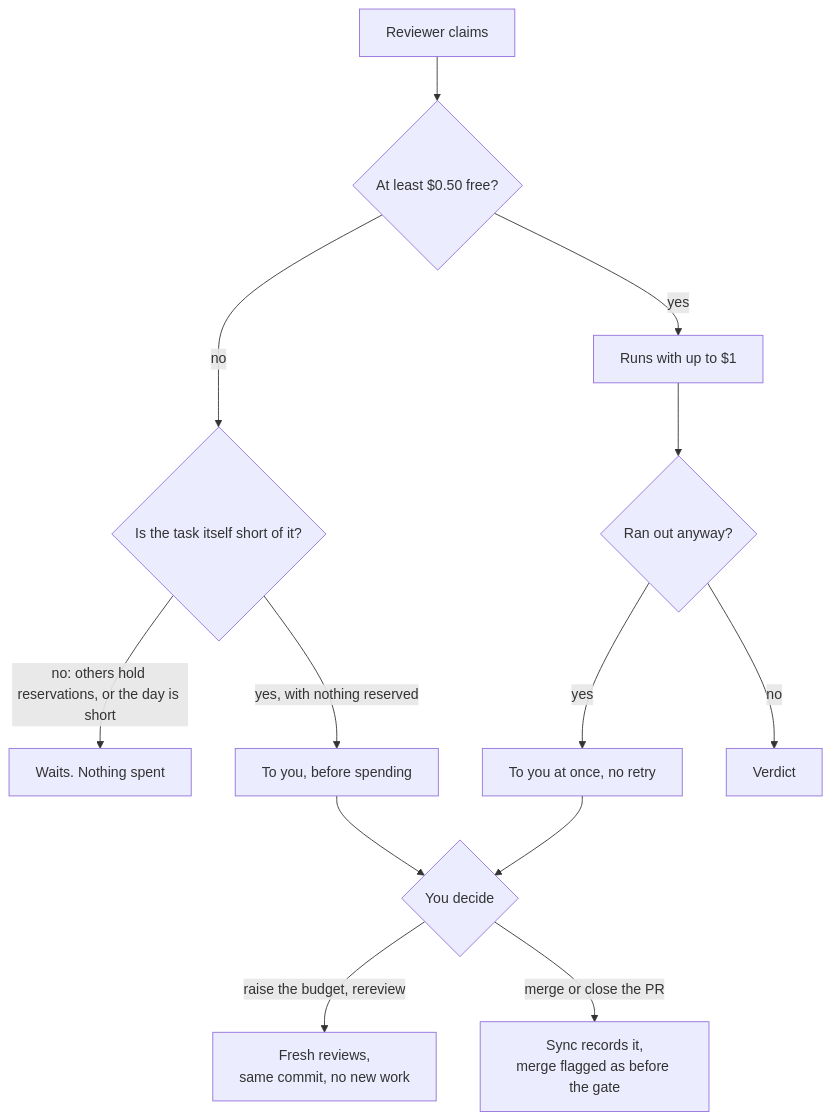
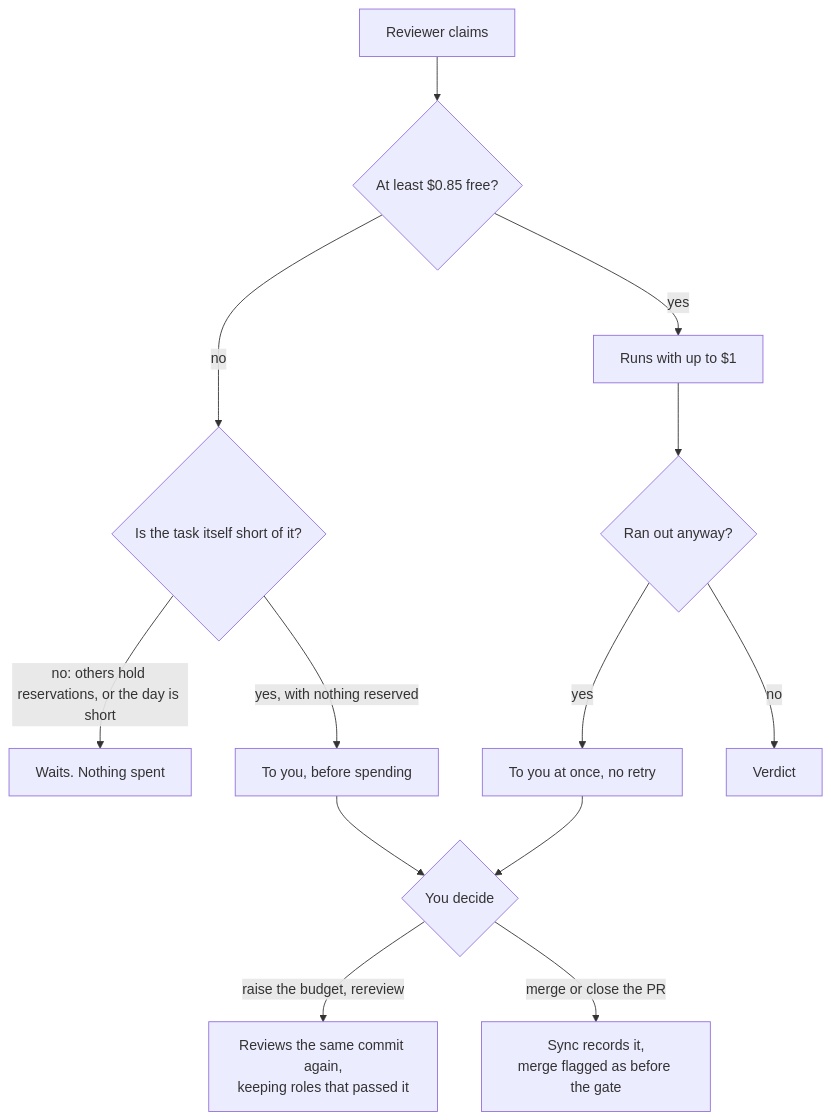
One commit to bharathcmbox/axiom changed the seventh of 7 diagrams in docs/guide/16-planning.md. Above: the diagram before and after it, drawn with Mermaid. The commit also changed other lines of this file and 7 other files, not shown here.

First line of the commit message:
Tune review budgets from the SOC-005 rereview; keep passes on the same commit

````diff
--- a/docs/guide/16-planning.md
+++ b/docs/guide/16-planning.md
@@ -232,15 +232,15 @@
 ```mermaid
 flowchart TB
-    c["Reviewer claims"] --> f{"At least $0.50 free?"}
+    c["Reviewer claims"] --> f{"At least $0.85 free?"}
     f -->|yes| r["Runs with up to $1"]
     f -->|no| w{"Is the task itself short of it?"}
     w -->|"no: others hold reservations, or the day is short"| wait["Waits. Nothing spent"]
     w -->|"yes, with nothing reserved"| e["To you, before spending"]
     r --> o{"Ran out anyway?"}
     o -->|yes| e2["To you at once, no retry"]
     o -->|no| done["Verdict"]
     e --> y{"You decide"}
     e2 --> y
-    y -->|"raise the budget, rereview"| again["Fresh reviews,<br/>same commit, no new work"]
+    y -->|"raise the budget, rereview"| again["Reviews the same commit again,<br/>keeping roles that passed it"]
     y -->|"merge or close the PR"| sync["Sync records it,<br/>merge flagged as before the gate"]
 ```
````
